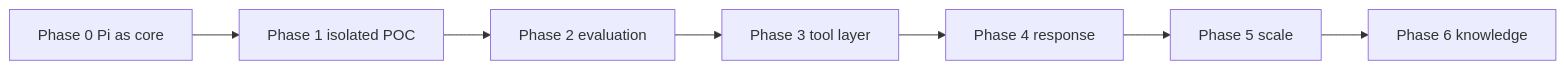
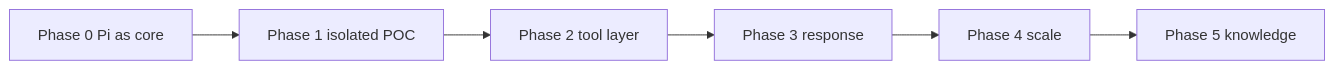
One commit to malikalrizky/agentic-soar changed the first of 5 diagrams in docs/visuals.md. Above: the diagram before and after it, drawn with Mermaid. The commit also changed other lines of this file and 12 other files, not shown here.

First line of the commit message:
Make the Security Tool Layer Phase 2 and defer eval.

````diff
--- a/docs/visuals.md
+++ b/docs/visuals.md
@@ -15,16 +15,14 @@
 ```mermaid
 graph LR
   P0[Phase 0 Pi as core]
   P1[Phase 1 isolated POC]
-  P2[Phase 2 evaluation]
-  P3[Phase 3 tool layer]
-  P4[Phase 4 response]
-  P5[Phase 5 scale]
-  P6[Phase 6 knowledge]
+  P2[Phase 2 tool layer]
+  P3[Phase 3 response]
+  P4[Phase 4 scale]
+  P5[Phase 5 knowledge]
   P0 --> P1
   P1 --> P2
   P2 --> P3
   P3 --> P4
   P4 --> P5
-  P5 --> P6
 ```
````
